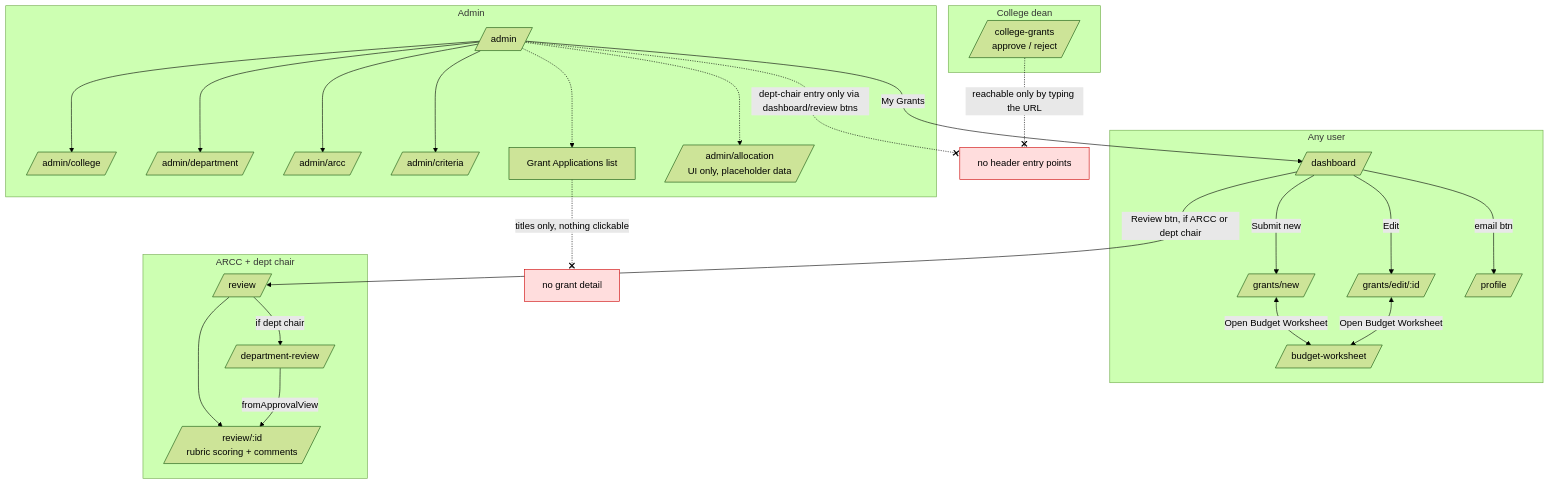
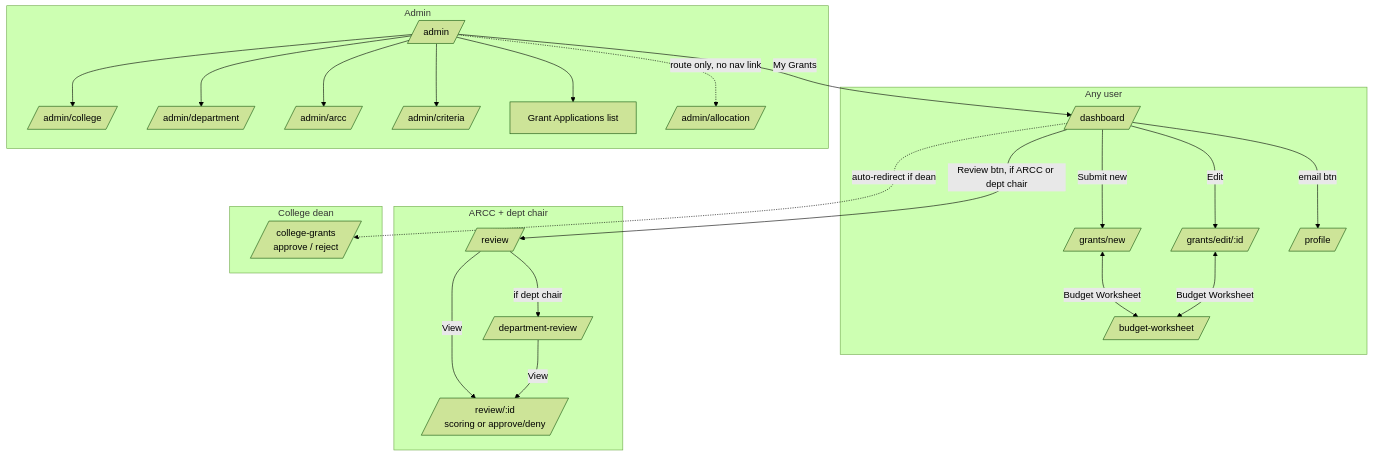
One commit to jayantiacharya/grant-management-system changed the sixth of 8 diagrams in docs/architecture.md. Above: the diagram before and after it, drawn with Mermaid (forest theme). The commit also changed other lines of this file and 2 other files, not shown here.

First line of the commit message:
docs: restructure architecture diagrams, add gherkin scenarios

````diff
--- a/docs/architecture.md
+++ b/docs/architecture.md
@@ -207,38 +192,32 @@
 ```mermaid
 flowchart TD
     subgraph proposer [Any user]
         D[/dashboard/] -->|Submit new| N[/grants/new/]
         D -->|Edit| E[/grants/edit/:id/]
-        N <-->|Open Budget Worksheet| B[/budget-worksheet/]
-        E <-->|Open Budget Worksheet| B
+        N <-->|Budget Worksheet| B[/budget-worksheet/]
+        E <-->|Budget Worksheet| B
         D -->|email btn| P[/profile/]
     end
 
     subgraph review [ARCC + dept chair]
         D -->|Review btn, if ARCC or dept chair| R[/review/]
-        R --> RD[/"review/:id<br/>rubric scoring + comments"/]
+        R -->|View| RD[/"review/:id<br/>scoring or approve/deny"/]
         R -->|if dept chair| DR[/department-review/]
-        DR -->|fromApprovalView| RD
+        DR -->|View| RD
     end
 
     subgraph dean [College dean]
         CG[/"college-grants<br/>approve / reject"/]
     end
+    D -.->|auto-redirect if dean| CG
 
     subgraph admin [Admin]
         A[/admin/] --> AC[/admin/college/]
         A --> AD2[/admin/department/]
         A --> AA[/admin/arcc/]
         A --> CR[/admin/criteria/]
         A -->|My Grants| D
-        A -.-> GL[Grant Applications list]
-        A -.-> AL[/"admin/allocation<br/>UI only, placeholder data"/]
+        A --> GL[Grant Applications list]
+        A -.->|route only, no nav link| AL[/admin/allocation/]
     end
-
-    GL -. "titles only, nothing clickable" .-x DEAD1[no grant detail]
-    A -. "dept-chair entry only via dashboard/review btns" .-x DEAD2[no header entry points]
-    CG -. "reachable only by typing the URL" .-x DEAD2
-
-    style DEAD1 fill:#fdd,stroke:#c00
-    style DEAD2 fill:#fdd,stroke:#c00
 ```
````
